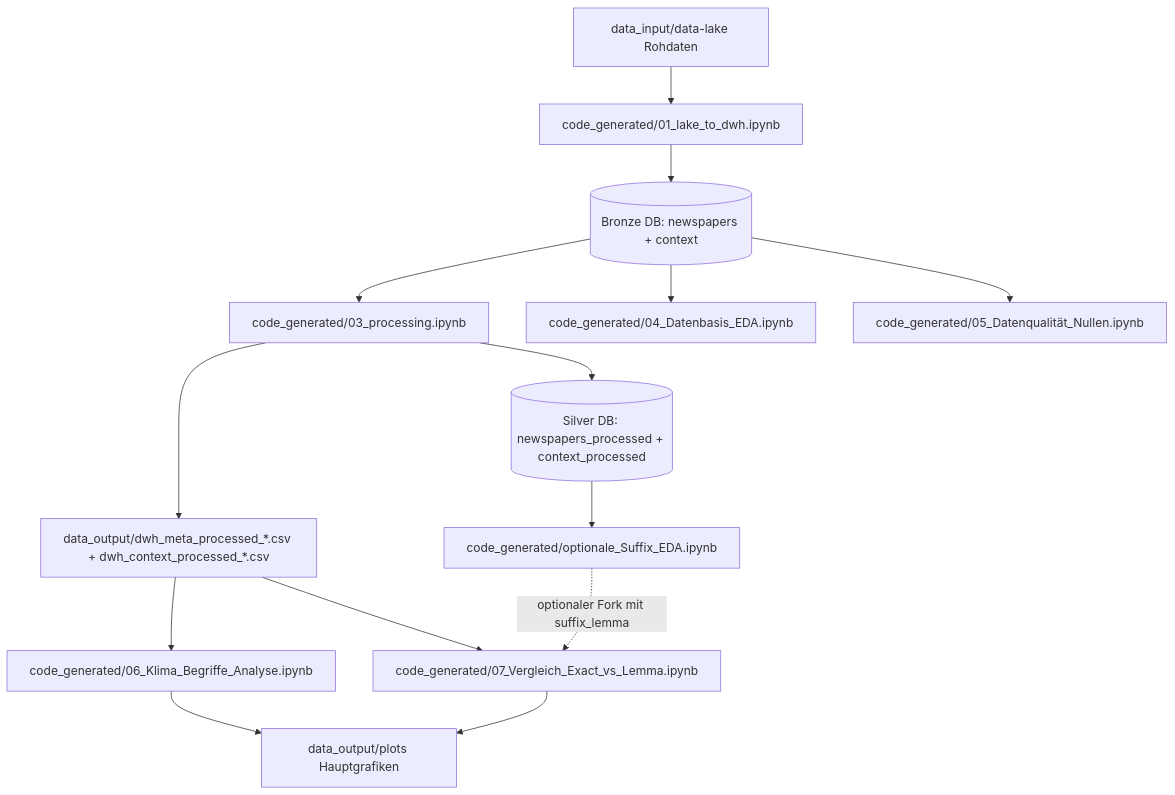
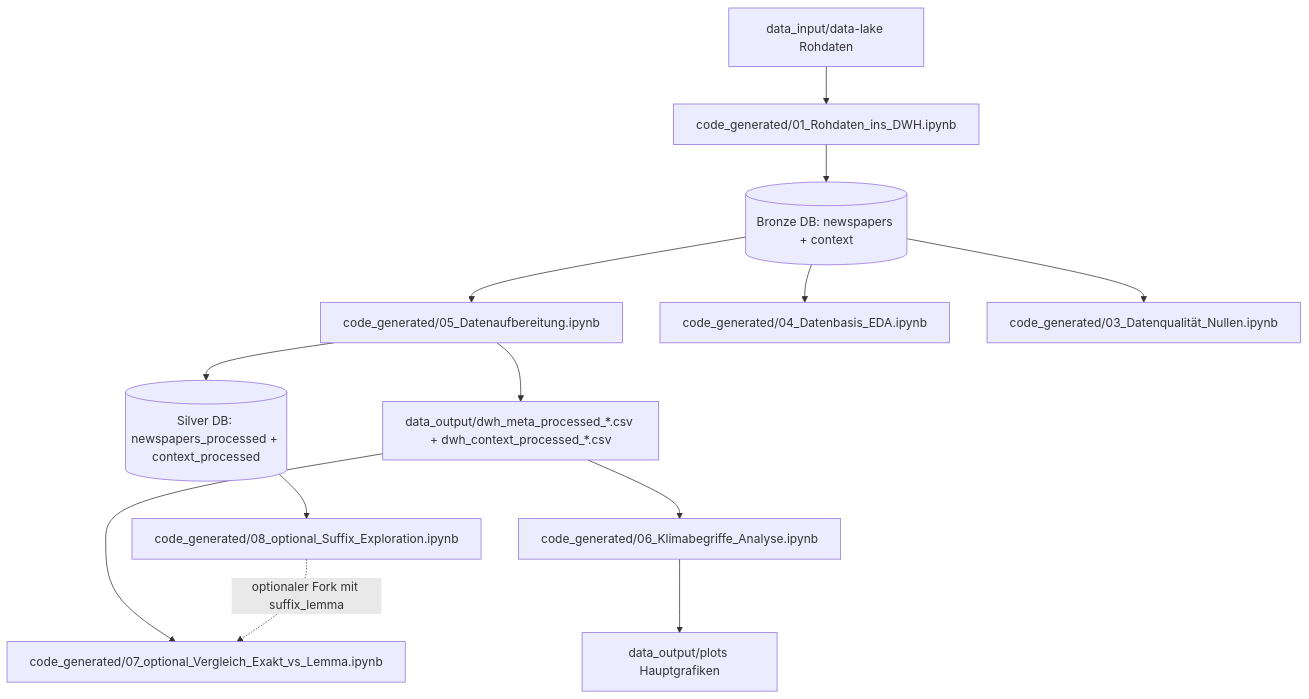
Before and after one commit to butburg/wortwandel: the first of 2 diagrams in non_code/todo.tmp.md, drawn with Mermaid. The commit also changed other lines of this file and 14 other files, not shown here.

````diff
--- a/non_code/todo.tmp.md
+++ b/non_code/todo.tmp.md
@@ -40,20 +41,19 @@
 ```mermaid
 flowchart TD
-    A[data_input/data-lake Rohdaten] --> B[code_generated/01_lake_to_dwh.ipynb]
+    A[data_input/data-lake Rohdaten] --> B[code_generated/01_Rohdaten_ins_DWH.ipynb]
     B --> C[(Bronze DB: newspapers + context)]
 
-    C --> D[code_generated/03_processing.ipynb]
+    C --> D[code_generated/05_Datenaufbereitung.ipynb]
     D --> E[(Silver DB: newspapers_processed + context_processed)]
     D --> E2[data_output/dwh_meta_processed_*.csv + dwh_context_processed_*.csv]
 
-    E2 --> F[code_generated/06_Klima_Begriffe_Analyse.ipynb]
+    E2 --> F[code_generated/06_Klimabegriffe_Analyse.ipynb]
     F --> P[data_output/plots Hauptgrafiken]
-    E2 --> G[code_generated/07_Vergleich_Exact_vs_Lemma.ipynb]
-    G --> P
+    E2 --> G[code_generated/07_optional_Vergleich_Exakt_vs_Lemma.ipynb]
 
     C --> H[code_generated/04_Datenbasis_EDA.ipynb]
-    C --> I[code_generated/05_Datenqualität_Nullen.ipynb]
+    C --> I[code_generated/03_Datenqualität_Nullen.ipynb]
 
-    E --> J[code_generated/optionale_Suffix_EDA.ipynb]
+    E --> J[code_generated/08_optional_Suffix_Exploration.ipynb]
     J -. optionaler Fork mit suffix_lemma .-> G
 ```
````
